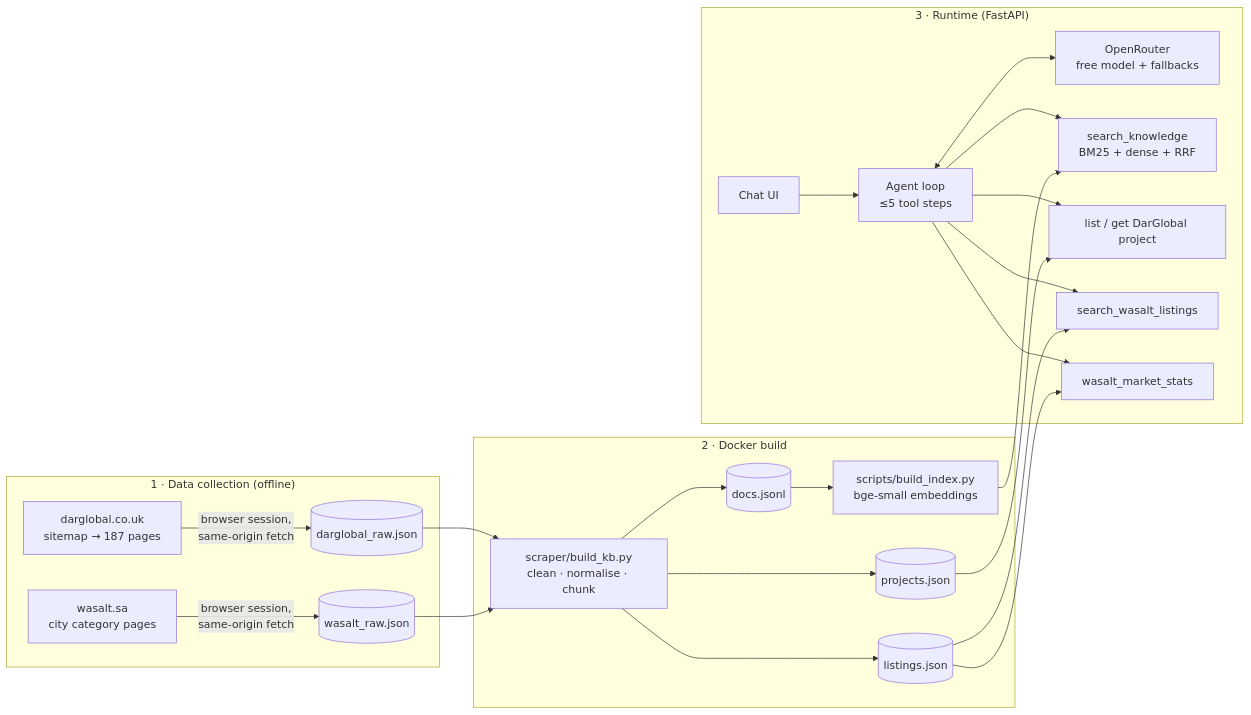
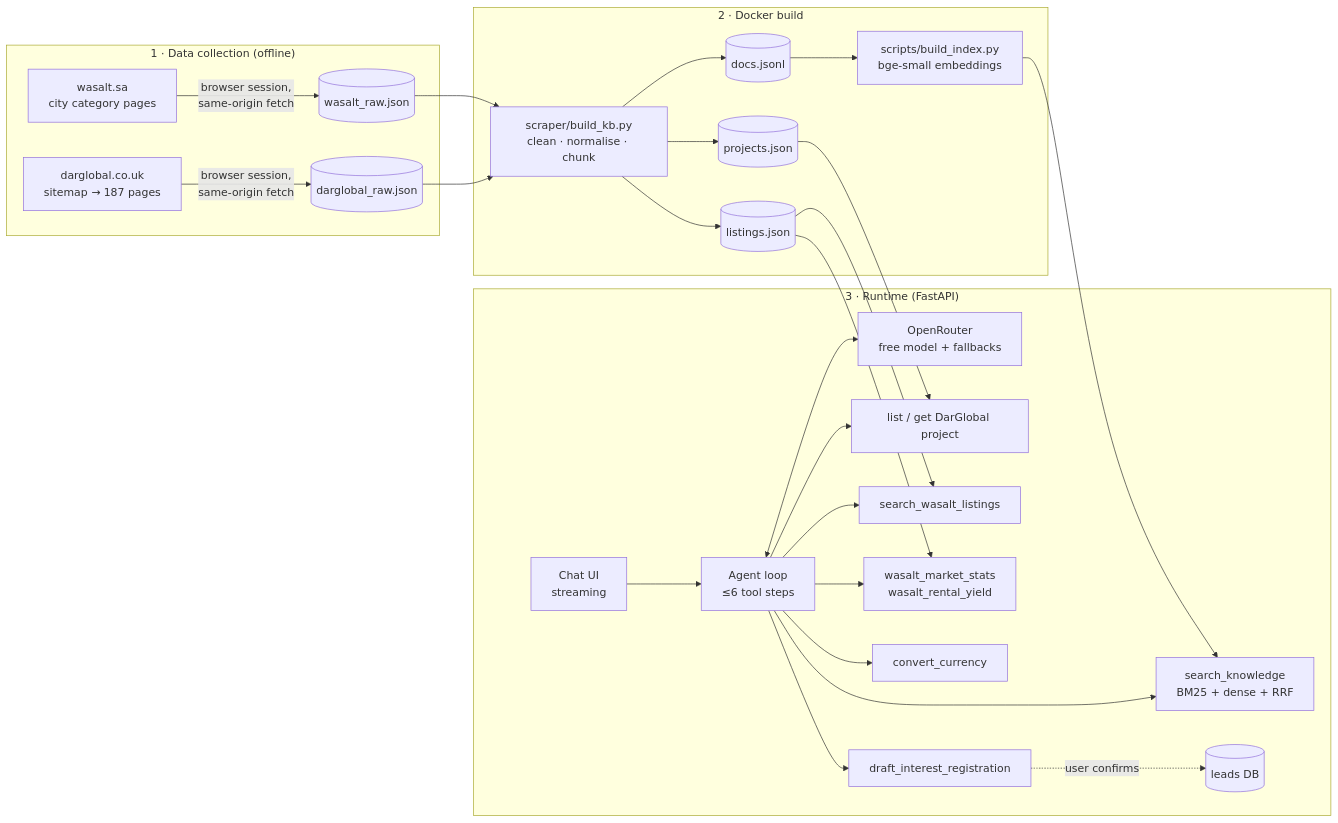
One commit to cseazeem/darglobal-property-agent changed the diagram in README.md. Above: the diagram before and after it, drawn with Mermaid. The commit also changed other lines of this file and 15 other files, not shown here.

First line of the commit message:
Streaming agent, HITL lead capture, rental-yield & currency tools, evals, CI

````diff
--- a/README.md
+++ b/README.md
@@ -29,23 +40,25 @@
 ```mermaid
 flowchart LR
   subgraph Collection["1 · Data collection (offline)"]
     A[darglobal.co.uk<br/>sitemap → 187 pages] -->|browser session,<br/>same-origin fetch| R1[(darglobal_raw.json)]
     B[wasalt.sa<br/>city category pages] -->|browser session,<br/>same-origin fetch| R2[(wasalt_raw.json)]
   end
   subgraph Build["2 · Docker build"]
     R1 & R2 --> K[scraper/build_kb.py<br/>clean · normalise · chunk]
     K --> P[(projects.json)] & L[(listings.json)] & D[(docs.jsonl)]
     D --> E[scripts/build_index.py<br/>bge-small embeddings]
   end
   subgraph Runtime["3 · Runtime (FastAPI)"]
-    U[Chat UI] --> AG[Agent loop<br/>≤5 tool steps]
+    U[Chat UI<br/>streaming] --> AG[Agent loop<br/>≤6 tool steps]
     AG <--> OR[OpenRouter<br/>free model + fallbacks]
     AG --> T1[search_knowledge<br/>BM25 + dense + RRF]
     AG --> T2[list / get DarGlobal project]
     AG --> T3[search_wasalt_listings]
-    AG --> T4[wasalt_market_stats]
+    AG --> T4[wasalt_market_stats<br/>wasalt_rental_yield]
+    AG --> T5[convert_currency]
+    AG --> T6[draft_interest_registration] -.->|user confirms| DB[(leads DB)]
   end
   E --> T1
   P --> T2
   L --> T3 & T4
 ```
````
